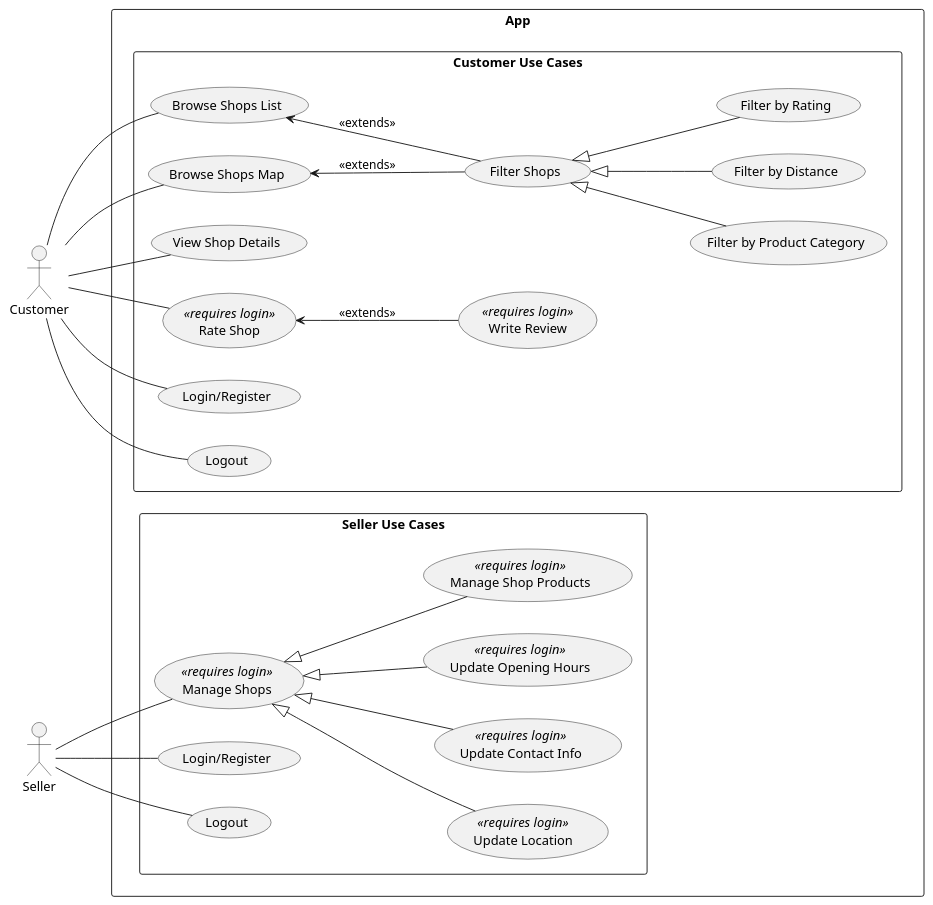
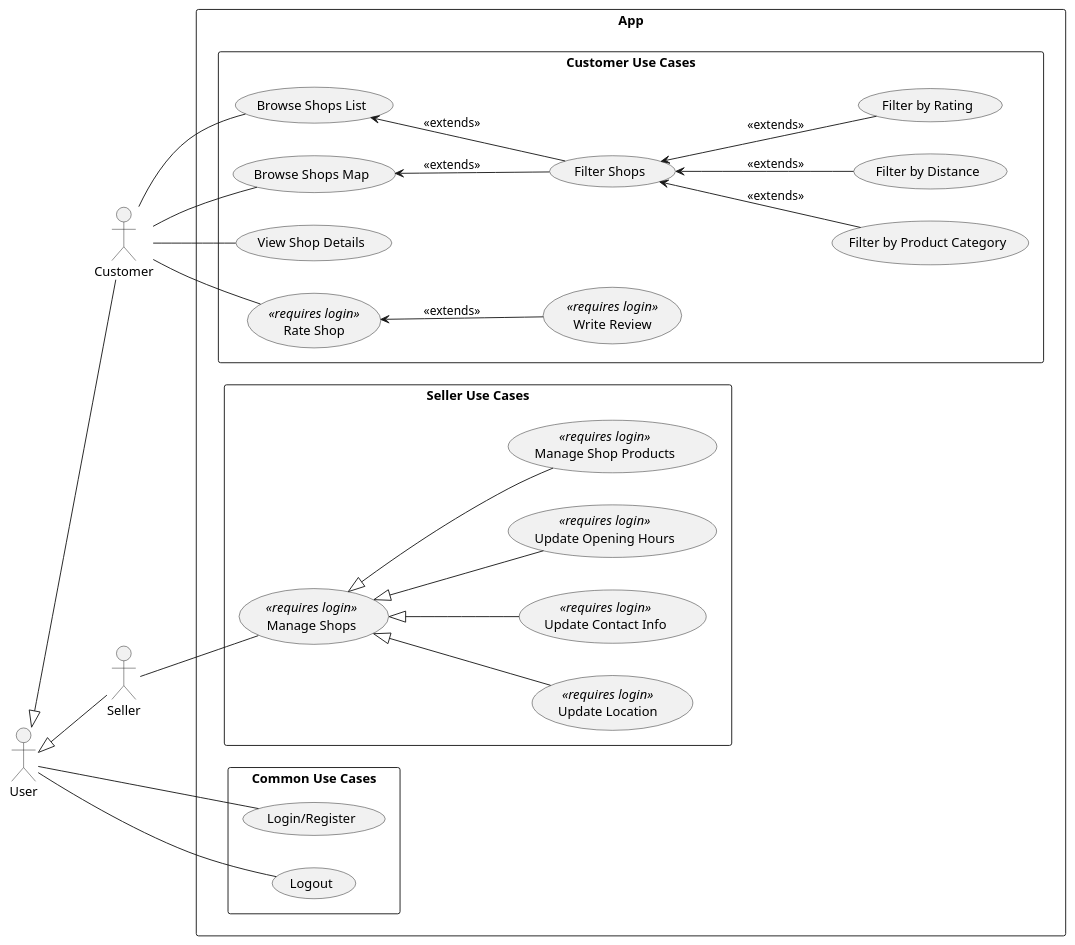
Before and after one commit to tondracek/my-farmer: the diagram in docs/diagram/use_case_diagram.puml, drawn with PlantUML.

Commit message:
feat: extract common User actor from specialized roles

```diff
--- a/docs/diagram/use_case_diagram.puml
+++ b/docs/diagram/use_case_diagram.puml
@@ -1,70 +1,71 @@
 @startuml
 
 skinparam backgroundColor #FFFFFF
 left to right direction
 
+actor "User" as User
 actor "Customer" as Customer
 actor "Seller" as Seller
 
+User <|-- Customer
+User <|-- Seller
+
 rectangle "App" {
+
+  rectangle "Common Use Cases" {
+
+    usecase "Login/Register" as LoginRegisterCustomer
+    usecase "Logout" as LogoutCustomer
+
+    User -- LoginRegisterCustomer
+    User -- LogoutCustomer
+  }
 
   rectangle "Customer Use Cases" {
 
     usecase "Browse Shops List" as BrowseShopsList
     usecase "Browse Shops Map" as BrowseShopsMap
     usecase "View Shop Details" as ViewShopDetails
 
     usecase "Filter Shops" as FilterShops
 
     usecase "Filter by Product Category" as FilterByCategory
     usecase "Filter by Distance" as FilterByDistance
     usecase "Filter by Rating" as FilterByRating
 
     usecase "Rate Shop" as RateShop <<requires login>>
     usecase "Write Review" as WriteReview <<requires login>>
 
     Customer -- BrowseShopsList
     Customer -- BrowseShopsMap
 
     BrowseShopsList <-- FilterShops : <<extends>>
     BrowseShopsMap <-- FilterShops : <<extends>>
 
-    FilterShops <|-- FilterByCategory
-    FilterShops <|-- FilterByDistance
-    FilterShops <|-- FilterByRating
+    FilterShops <-- FilterByCategory : <<extends>>
+    FilterShops <-- FilterByDistance : <<extends>>
+    FilterShops <-- FilterByRating : <<extends>>
 
     Customer -- ViewShopDetails
     Customer -- RateShop
     RateShop <-- WriteReview : <<extends>>
-
-    usecase "Login/Register" as LoginRegisterCustomer
-    usecase "Logout" as LogoutCustomer
-
-    Customer -- LoginRegisterCustomer
-    Customer -- LogoutCustomer
   }
 
   rectangle "Seller Use Cases" {
     usecase "Manage Shops" as ManageShops <<requires login>>
 
     usecase "Update Location" as UpdateLocation <<requires login>>
     usecase "Update Contact Info" as UpdateContactInfo <<requires login>>
     usecase "Update Opening Hours" as UpdateOpeningHours <<requires login>>
     usecase "Manage Shop Products" as ManageShopProducts <<requires login>>
 
     Seller -- ManageShops
 
     ManageShops <|-- UpdateLocation
     ManageShops <|-- UpdateContactInfo
     ManageShops <|-- UpdateOpeningHours
     ManageShops <|-- ManageShopProducts
-
-    usecase "Login/Register" as LoginRegisterSeller
-    usecase "Logout" as LogoutSeller
-
-    Seller -- LoginRegisterSeller
-    Seller -- LogoutSeller
   }
 }
 
 @enduml
```
